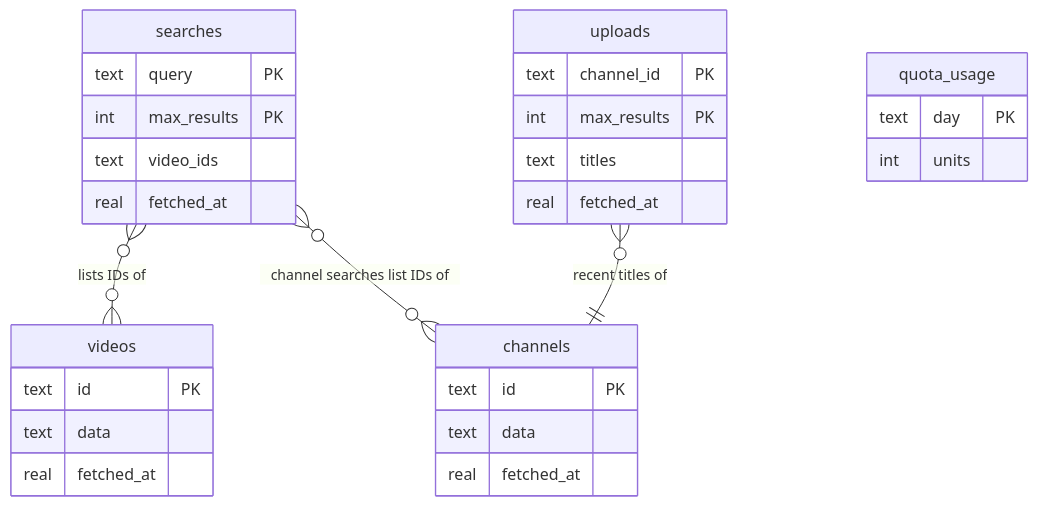
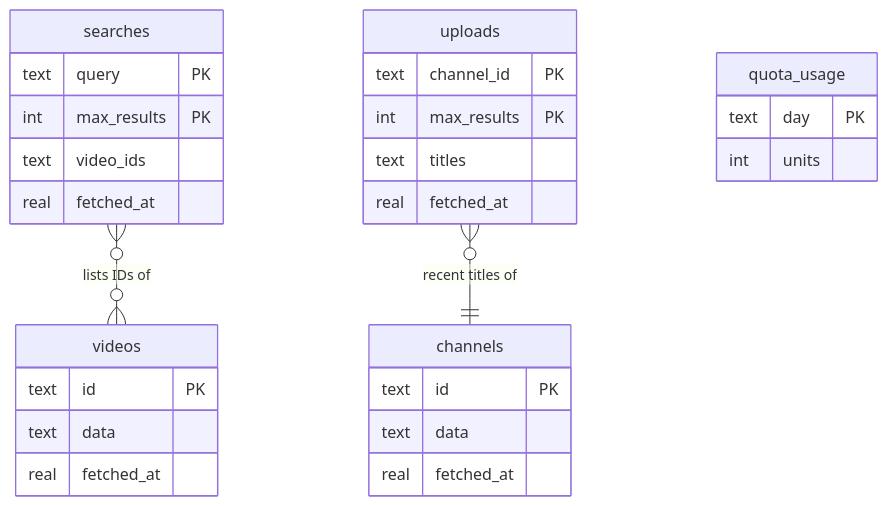
The first of 2 diagrams in docs/Areas/Design Data.md (Chris-ops4573/Youtube_MCP_Server), drawn with Mermaid before and after one commit. The commit also changed other lines of this file and 34 other files, not shown here.

````diff
--- a/docs/Areas/Design Data.md
+++ b/docs/Areas/Design Data.md
@@ -9,32 +9,31 @@
 ```mermaid
 erDiagram
   videos {
     text id PK
     text data
     real fetched_at
   }
   channels {
     text id PK
     text data
     real fetched_at
   }
   searches {
     text query PK
     int max_results PK
     text video_ids
     real fetched_at
   }
   uploads {
     text channel_id PK
     int max_results PK
     text titles
     real fetched_at
   }
   quota_usage {
     text day PK
     int units
   }
   searches }o--o{ videos : "lists IDs of"
-  searches }o--o{ channels : "channel searches list IDs of"
   uploads }o--|| channels : "recent titles of"
 ```
````
